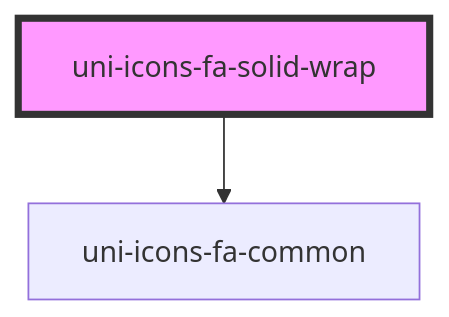
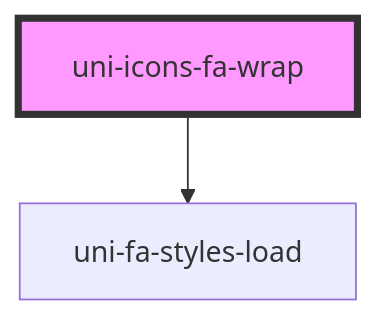
One commit to uiwebkit/icons changed the diagram in src/components/icons-fa/solid/@wrap/readme.md. Above: the diagram before and after it, drawn with Mermaid. The commit also changed other lines of this file and 25 other files, not shown here.

Commit message:
add: icon fa - github, npm, chart-line

````diff
--- a/src/components/icons-fa/solid/@wrap/readme.md
+++ b/src/components/icons-fa/solid/@wrap/readme.md
@@ -26,5 +31,5 @@
 ```mermaid
 graph TD;
-  uni-icons-fa-solid-wrap --> uni-icons-fa-common
-  style uni-icons-fa-solid-wrap fill:#f9f,stroke:#333,stroke-width:4px
+  uni-icons-fa-wrap --> uni-fa-styles-load
+  style uni-icons-fa-wrap fill:#f9f,stroke:#333,stroke-width:4px
 ```
````
